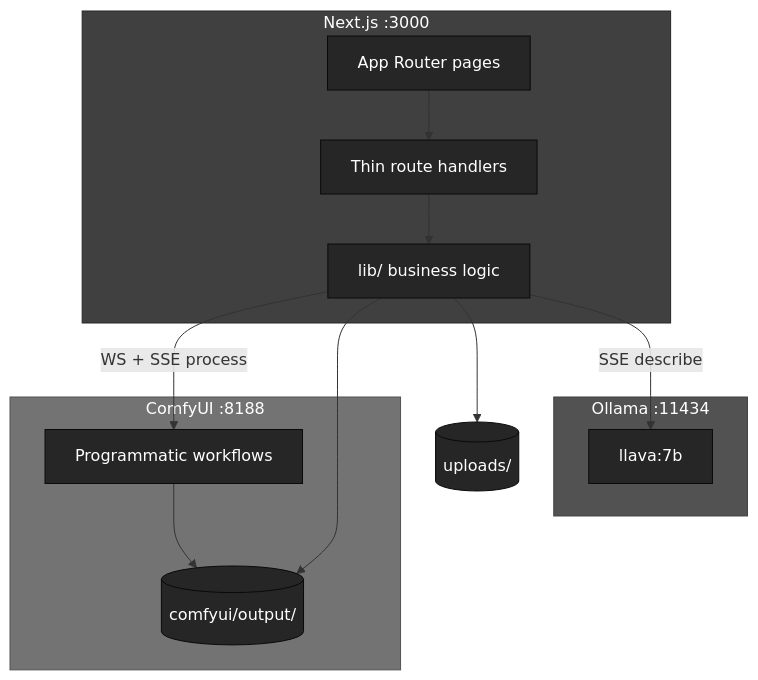
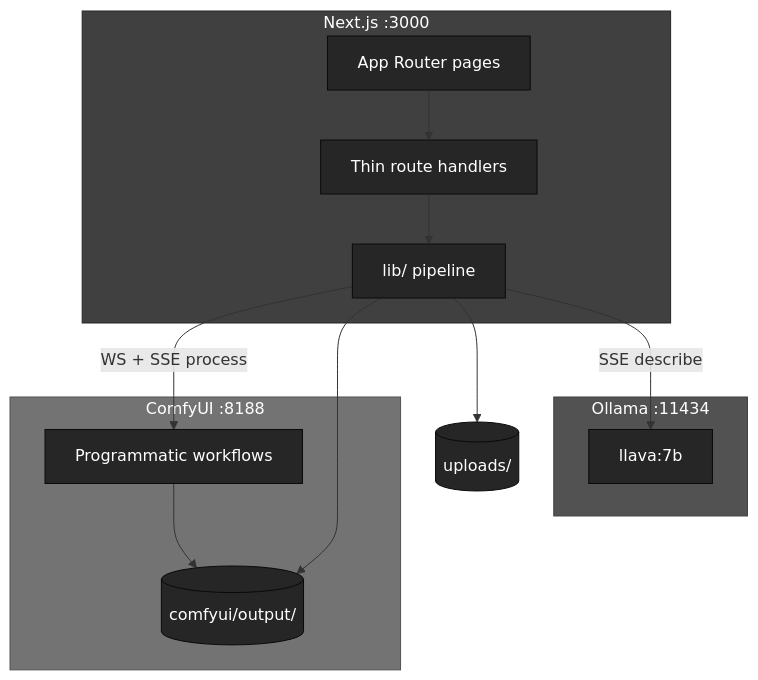
One commit to johnnaumann/anthroposcenic_001 changed the diagram in README.md. Above: the diagram before and after it, drawn with Mermaid. The commit also changed 2 other files, not shown here.

Commit message:
Update documentation to reflect changes in terminology from "business logic" to "pipeline" in README.md, architecture.md, and development.md, enhancing clarity on the project's structure and functionality.

````diff
--- a/README.md
+++ b/README.md
@@ -17,38 +17,38 @@
 ```mermaid
 flowchart TB
     subgraph app["Next.js :3000"]
         UI[App Router pages]
         API[Thin route handlers]
-        LIB[lib/ business logic]
+        LIB[lib/ pipeline]
     end
 
     subgraph ollama["Ollama :11434"]
         VM[llava:7b]
     end
 
     subgraph comfy["ComfyUI :8188"]
         WF[Programmatic workflows]
         OUT[(comfyui/output/)]
     end
 
     UP[(uploads/)]
 
     UI --> API
     API --> LIB
     LIB -->|SSE describe| VM
     LIB -->|WS + SSE process| WF
     LIB --> UP
     WF --> OUT
     LIB --> OUT
 
     style app fill:#404040,stroke:#262626,color:#ffffff
     style ollama fill:#525252,stroke:#404040,color:#ffffff
     style comfy fill:#737373,stroke:#525252,color:#ffffff
     style UI fill:#262626,stroke:#0a0a0a,color:#ffffff
     style API fill:#262626,stroke:#0a0a0a,color:#ffffff
     style LIB fill:#262626,stroke:#0a0a0a,color:#ffffff
     style VM fill:#262626,stroke:#0a0a0a,color:#ffffff
     style WF fill:#262626,stroke:#0a0a0a,color:#ffffff
     style UP fill:#262626,stroke:#0a0a0a,color:#ffffff
     style OUT fill:#262626,stroke:#0a0a0a,color:#ffffff
 ```
````
